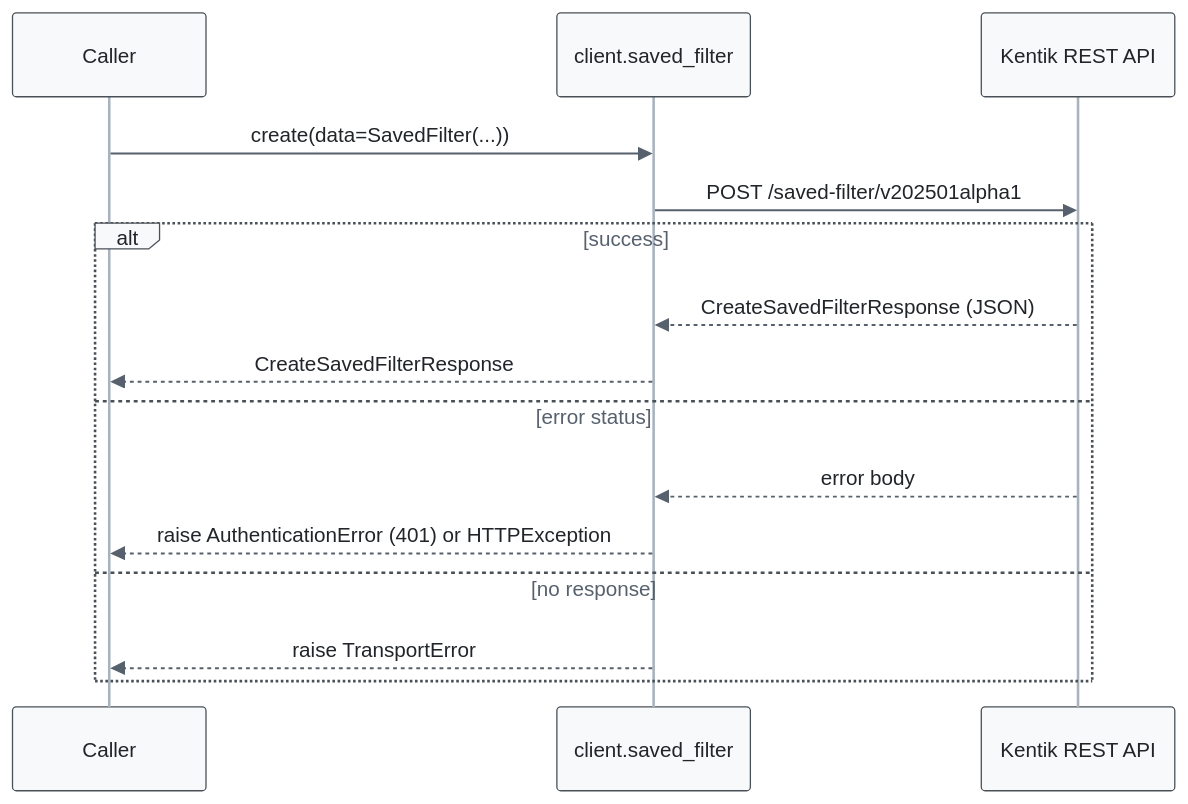
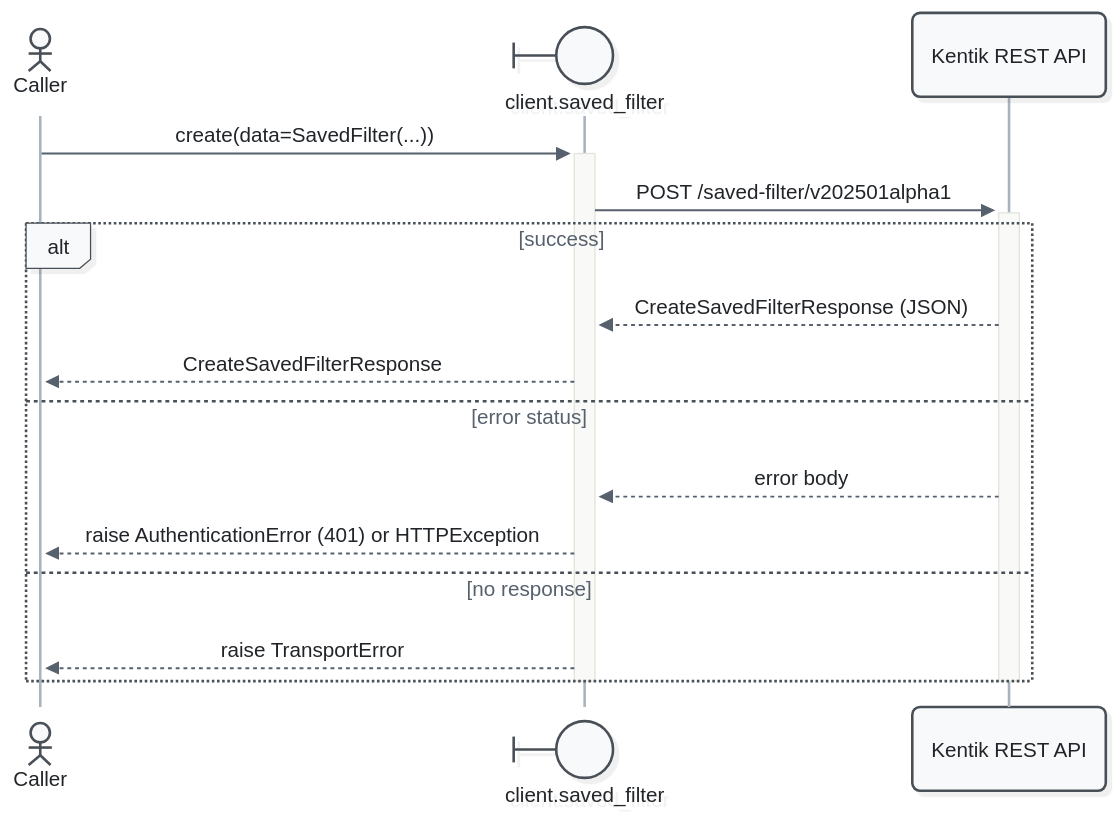
One commit to alexdearaujo/community_sdk_python changed the first of 13 diagrams in docs/sphinx/services/saved_filter.md. Above: the diagram before and after it, drawn with Mermaid. The commit also changed other lines of this file and 52 other files, not shown here.

First line of the commit message:
docs: Mermaid 12 sequence diagrams with participant types and path colors

````diff
--- a/docs/sphinx/services/saved_filter.md
+++ b/docs/sphinx/services/saved_filter.md
@@ -33,19 +33,21 @@
 ```mermaid
-%%{init: {"theme": "base", "fontFamily": "ui-monospace, SFMono-Regular, Menlo, monospace", "themeVariables": {"fontFamily": "ui-monospace, SFMono-Regular, Menlo, monospace", "primaryColor": "#f8f9fa", "primaryBorderColor": "#495057", "primaryTextColor": "#212529", "textColor": "#212529", "lineColor": "#77818c", "edgeLabelBackground": "#ffffff", "actorBkg": "#f8f9fa", "actorBorder": "#495057", "actorTextColor": "#212529", "actorLineColor": "#a9b3be", "signalColor": "#57616d", "signalTextColor": "#212529", "labelBoxBkgColor": "#f8f9fa", "labelBoxBorderColor": "#495057", "labelTextColor": "#212529", "loopTextColor": "#57616d", "noteBkgColor": "#fff9db", "noteBorderColor": "#f08c00", "noteTextColor": "#a35a00"}, "flowchart": {"curve": "step", "nodeSpacing": 30, "rankSpacing": 70, "wrappingWidth": 400}}}%%
+%%{init: {"theme": "redux", "look": "neo", "layout": "dagre", "fontFamily": "ui-monospace, SFMono-Regular, Menlo, monospace", "themeVariables": {"fontFamily": "ui-monospace, SFMono-Regular, Menlo, monospace", "primaryColor": "#f8f9fa", "primaryBorderColor": "#495057", "primaryTextColor": "#212529", "textColor": "#212529", "lineColor": "#77818c", "edgeLabelBackground": "#ffffff", "actorBkg": "#f8f9fa", "actorBorder": "#495057", "actorTextColor": "#212529", "actorLineColor": "#a9b3be", "signalColor": "#57616d", "signalTextColor": "#212529", "labelBoxBkgColor": "#f8f9fa", "labelBoxBorderColor": "#495057", "labelTextColor": "#212529", "loopTextColor": "#57616d", "noteBkgColor": "#fff9db", "noteBorderColor": "#f08c00", "noteTextColor": "#a35a00"}, "sequence": {"activationWidth": 16}, "flowchart": {"curve": "step", "nodeSpacing": 30, "rankSpacing": 70, "wrappingWidth": 400}}}%%
 sequenceDiagram
-    participant C as Caller
-    participant W as client.saved_filter
+    actor C as Caller
+    participant W@{ "type": "boundary" } as client.saved_filter
     participant API as Kentik REST API
 
-    C->>W: create(data=SavedFilter(...))
-    W->>API: POST /saved-filter/v202501alpha1
+    C->>+W: create(data=SavedFilter(...))
+    W->>+API: POST /saved-filter/v202501alpha1
     alt success
         API-->>W: CreateSavedFilterResponse (JSON)
         W-->>C: CreateSavedFilterResponse
     else error status
         API-->>W: error body
         W-->>C: raise AuthenticationError (401) or HTTPException
     else no response
         W-->>C: raise TransportError
     end
+    deactivate API
+    deactivate W
 ```
````
